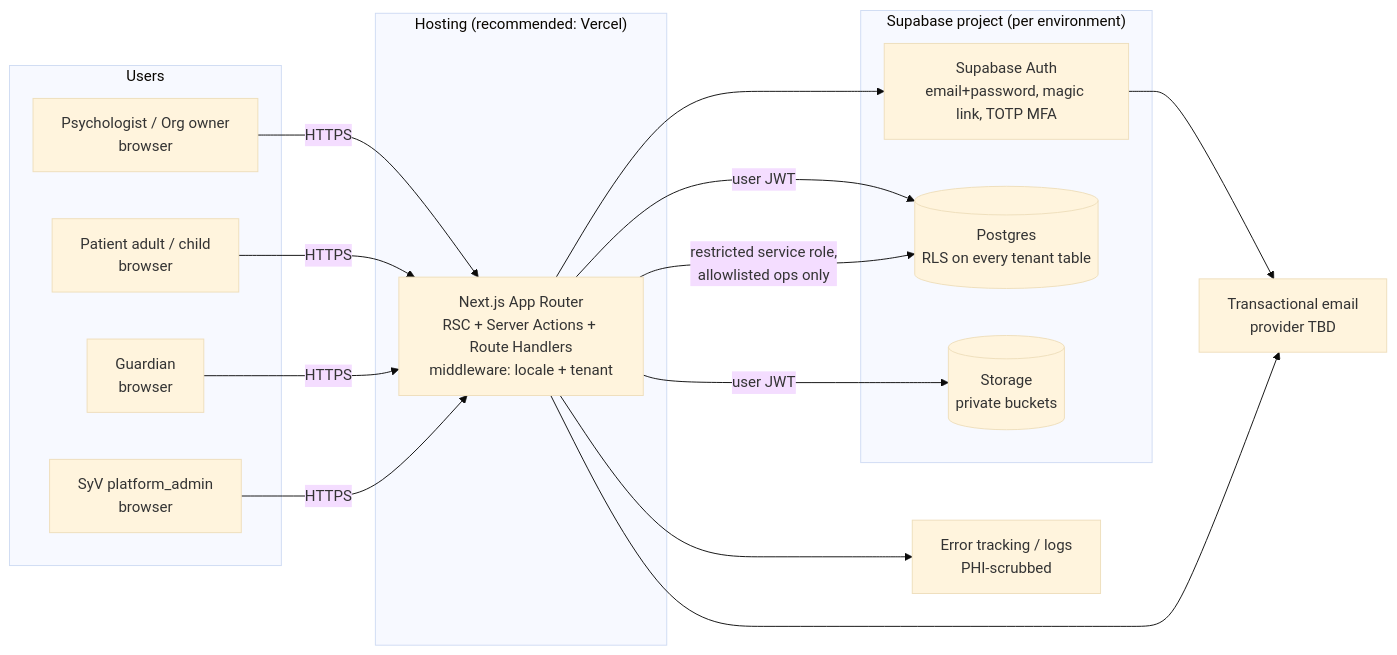
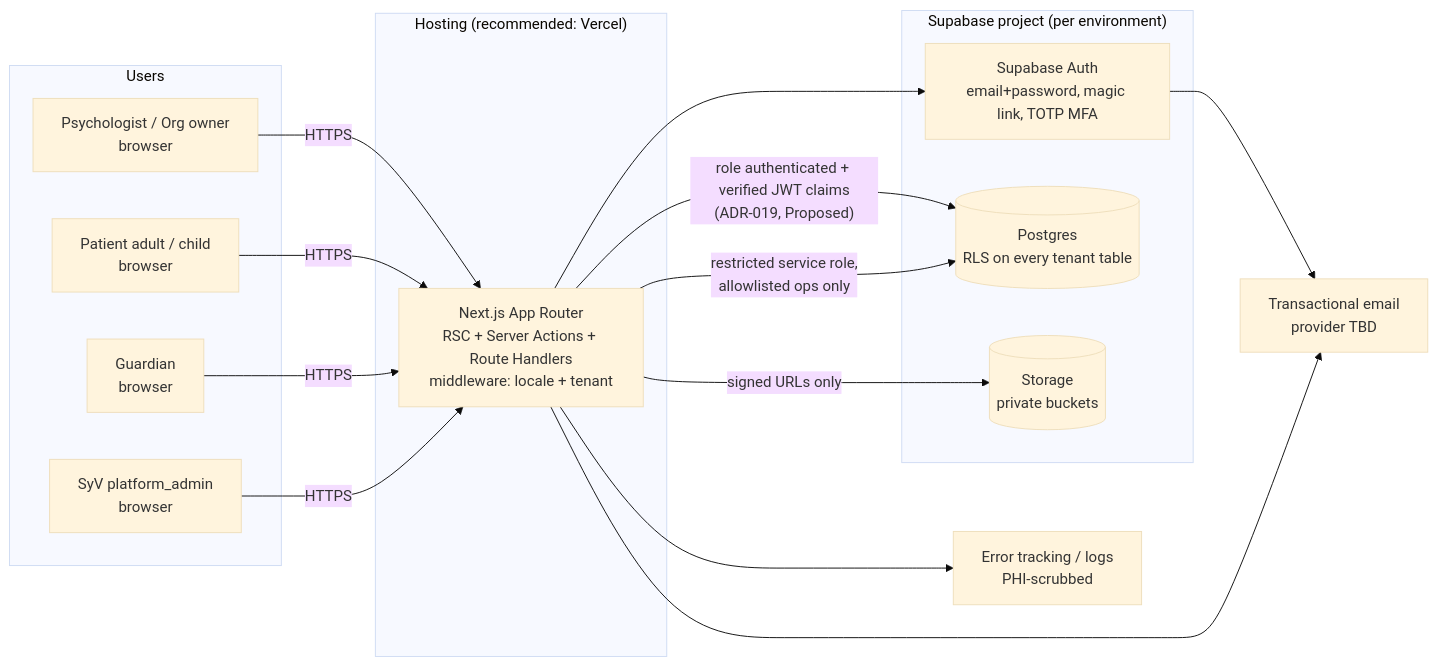
Before and after one commit to Sebastian-2203/Psi: the first of 3 diagrams in docs/ARCHITECTURE.md, drawn with Mermaid (base theme). The commit also changed other lines of this file and 3 other files, not shown here.

First line of the commit message:
docs: architect security-remediation revisions (work in progress)

````diff
--- a/docs/ARCHITECTURE.md
+++ b/docs/ARCHITECTURE.md
@@ -28,31 +28,31 @@
 ```mermaid
 flowchart LR
   subgraph Users
     PRO[Psychologist / Org owner<br/>browser]
     PAT[Patient adult / child<br/>browser]
     GUA[Guardian<br/>browser]
     PADM[SyV platform_admin<br/>browser]
   end
 
   subgraph Vercel["Hosting (recommended: Vercel)"]
     NEXT[Next.js App Router<br/>RSC + Server Actions + Route Handlers<br/>middleware: locale + tenant]
   end
 
   subgraph Supabase["Supabase project (per environment)"]
     AUTH[Supabase Auth<br/>email+password, magic link, TOTP MFA]
     PG[(Postgres<br/>RLS on every tenant table)]
     ST[(Storage<br/>private buckets)]
   end
 
   MAIL[Transactional email<br/>provider TBD]
   OBS[Error tracking / logs<br/>PHI-scrubbed]
 
   PRO & PAT & GUA & PADM -->|HTTPS| NEXT
-  NEXT -->|user JWT| PG
-  NEXT -->|user JWT| ST
+  NEXT -->|"role authenticated + verified JWT claims<br/>(ADR-019, Proposed)"| PG
+  NEXT -->|signed URLs only| ST
   NEXT --> AUTH
   NEXT -->|restricted service role,<br/>allowlisted ops only| PG
   AUTH --> MAIL
   NEXT --> MAIL
   NEXT --> OBS
 ```
````
